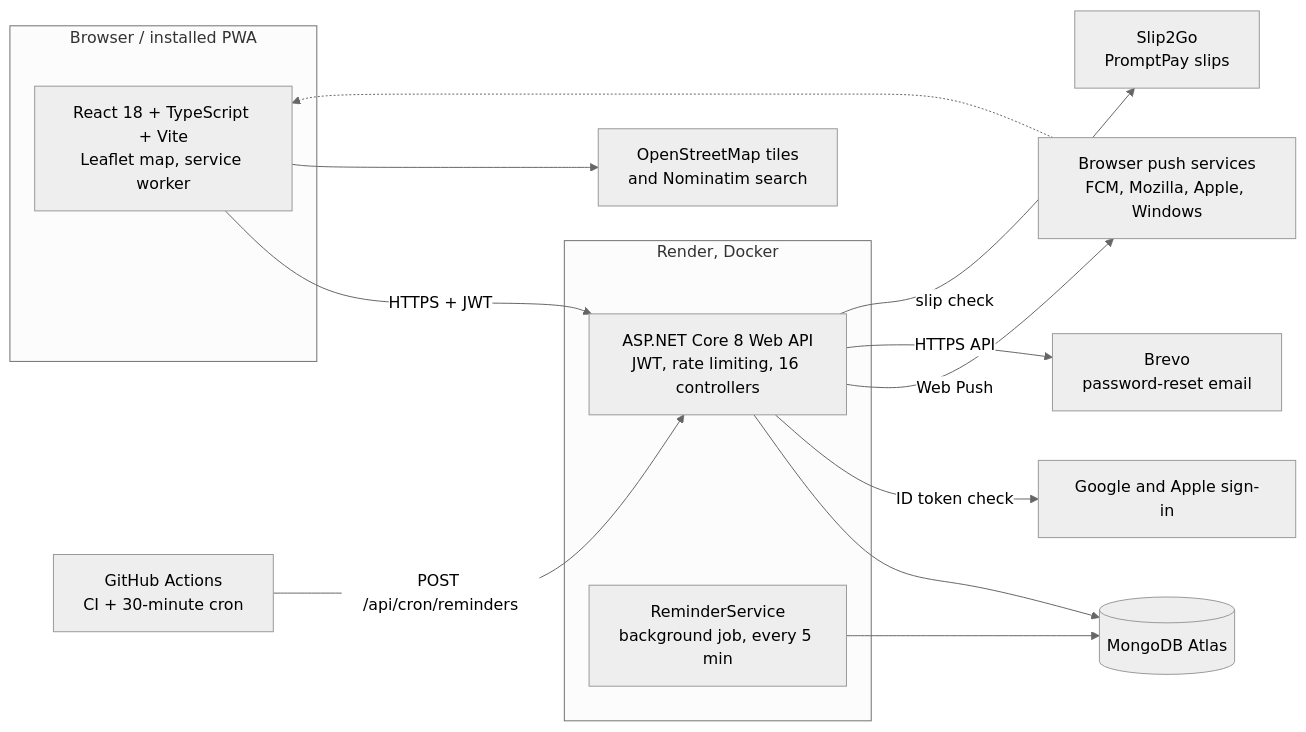
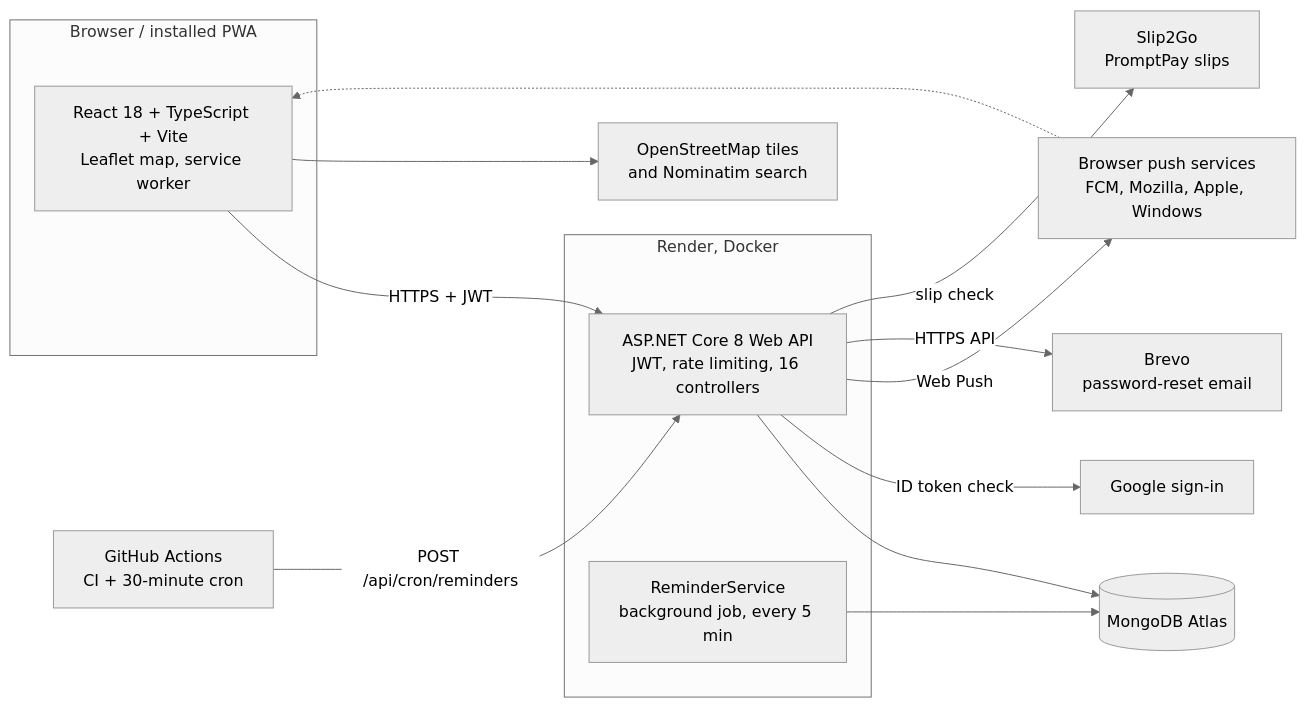
Before and after one commit to namethzz/Air-clean-: the first of 2 diagrams in README.en.md, drawn with Mermaid (neutral theme). The commit also changed other lines of this file and 20 other files, not shown here.

First line of the commit message:
Drop Sign in with Apple

````diff
--- a/README.en.md
+++ b/README.en.md
@@ -46,21 +46,21 @@
 ```mermaid
 flowchart LR
   subgraph Client["Browser / installed PWA"]
     SPA["React 18 + TypeScript + Vite<br/>Leaflet map, service worker"]
   end
   subgraph Render["Render, Docker"]
     API["ASP.NET Core 8 Web API<br/>JWT, rate limiting, 16 controllers"]
     BG["ReminderService<br/>background job, every 5 min"]
   end
   DB[("MongoDB Atlas")]
   SPA -- "HTTPS + JWT" --> API
   API --> DB
   BG --> DB
-  API -- "ID token check" --> OIDC["Google and Apple sign-in"]
+  API -- "ID token check" --> OIDC["Google sign-in"]
   API -- "Web Push" --> PUSH["Browser push services<br/>FCM, Mozilla, Apple, Windows"]
   PUSH -.-> SPA
   API -- "HTTPS API" --> MAIL["Brevo<br/>password-reset email"]
   API -- "slip check" --> SLIP["Slip2Go<br/>PromptPay slips"]
   GHA["GitHub Actions<br/>CI + 30-minute cron"] -- "POST /api/cron/reminders" --> API
   SPA --> OSM["OpenStreetMap tiles<br/>and Nominatim search"]
 ```
````
